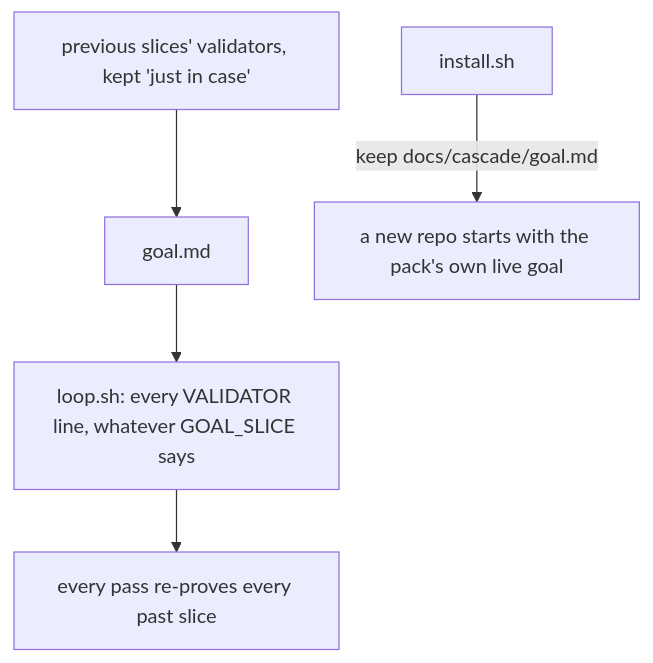
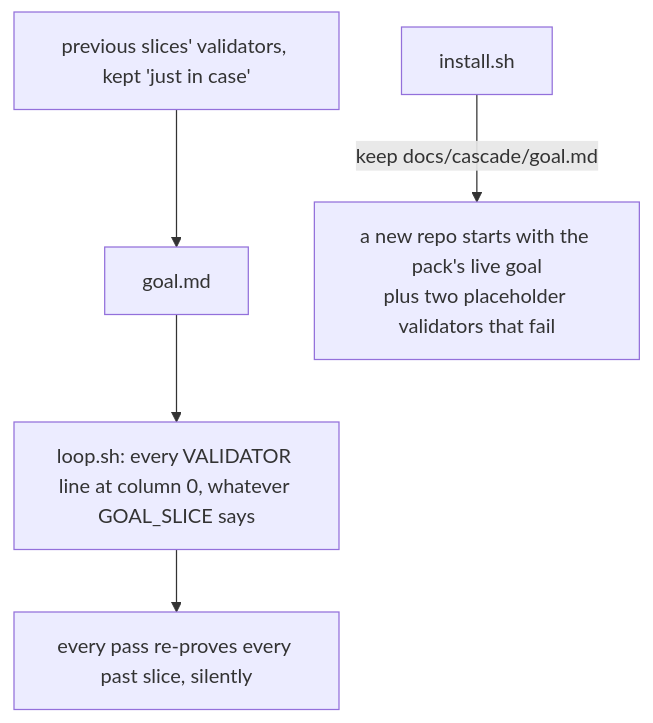
One commit to kadaluarsa/barbaric-driven-development changed the first of 2 diagrams in docs/cascade/05b-t77-goal-hygiene.md. Above: the diagram before and after it, drawn with Mermaid. The commit also changed other lines of this file and 1 other file, not shown here.

Commit message:
GENERATE 05b t77-goal-hygiene: answer the critic (C2–C10 fixed; C1 to the human), spec v2

````diff
--- a/docs/cascade/05b-t77-goal-hygiene.md
+++ b/docs/cascade/05b-t77-goal-hygiene.md
@@ -39,7 +44,7 @@
 ```mermaid
 flowchart TD
-  G[goal.md] --> L[loop.sh: every VALIDATOR line, whatever GOAL_SLICE says]
-  P[previous slices' validators, kept 'just in case'] --> G
-  L --> T[every pass re-proves every past slice]
-  I[install.sh] -->|keep docs/cascade/goal.md| N[a new repo starts with the pack's own live goal]
+  P[previous slices' validators, kept 'just in case'] --> G[goal.md]
+  G --> L[loop.sh: every VALIDATOR line at column 0, whatever GOAL_SLICE says]
+  L --> T[every pass re-proves every past slice, silently]
+  I[install.sh] -->|keep docs/cascade/goal.md| N[a new repo starts with the pack's live goal<br/>plus two placeholder validators that fail]
 ```
````
